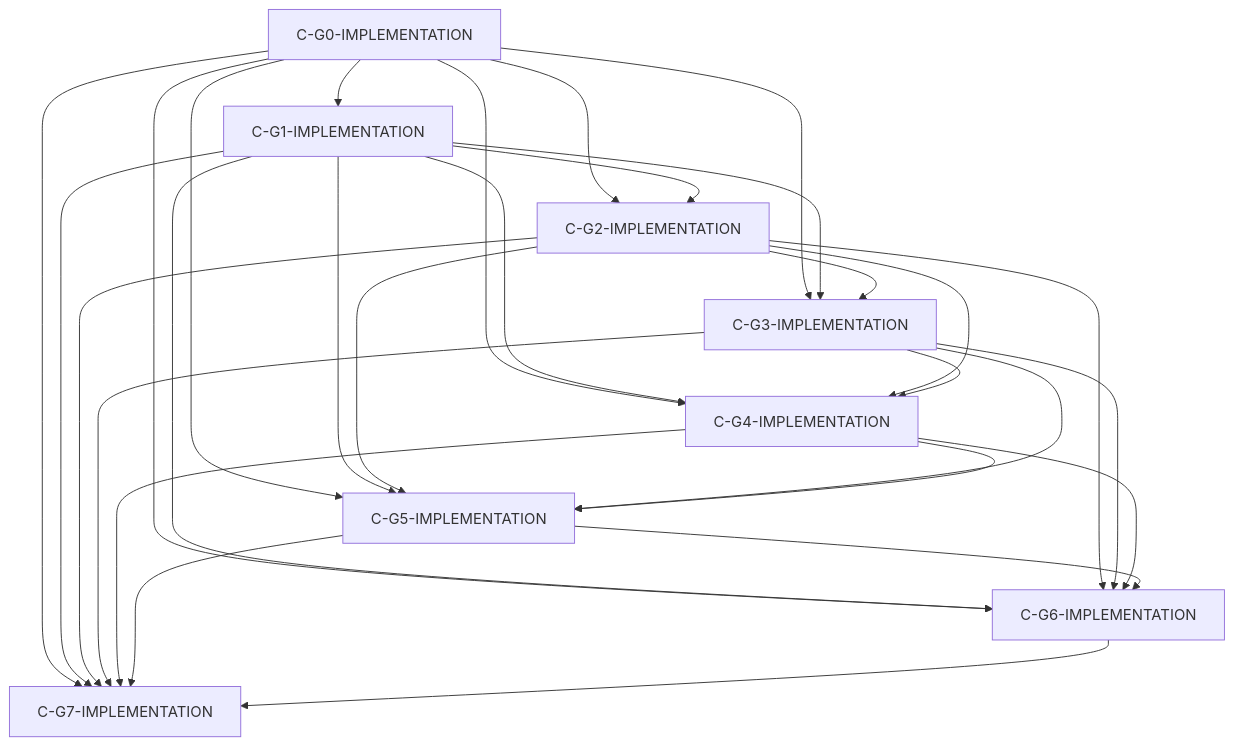
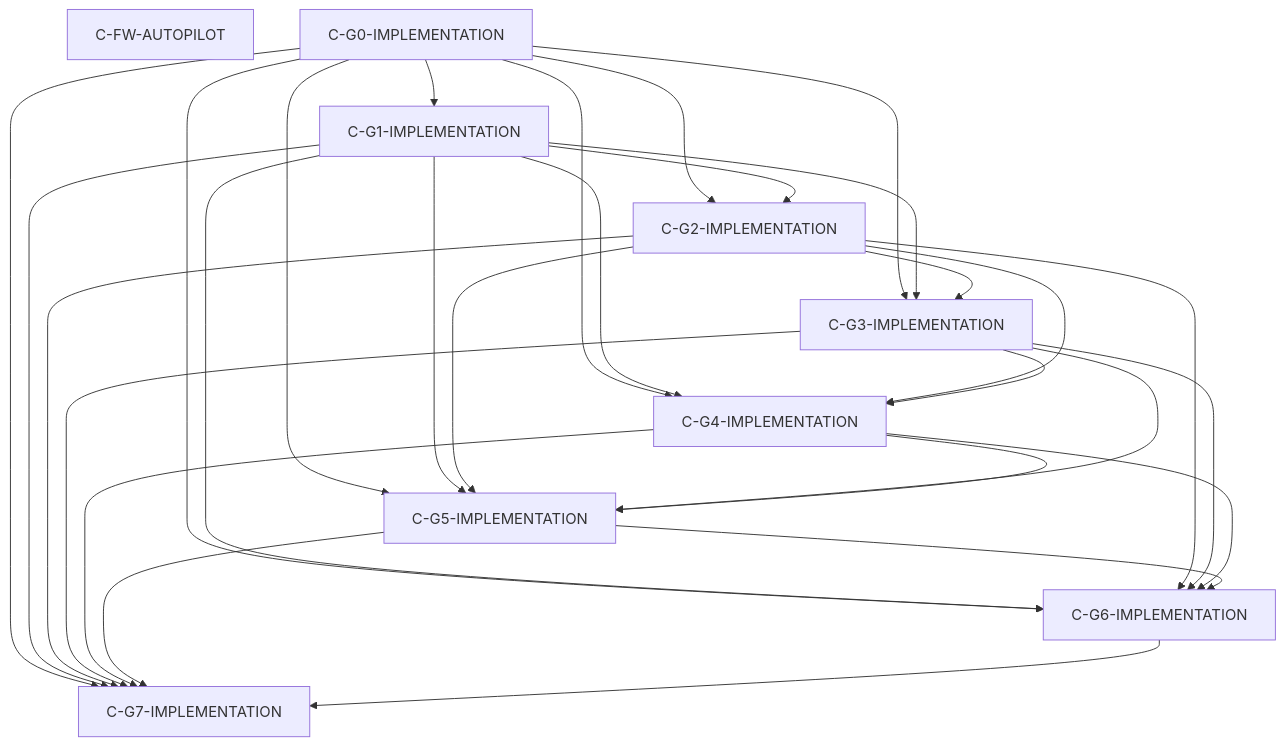
The diagram in tasks/generated/cluster-graph.mmd (quantm-zeus/chain-sieve), drawn with Mermaid before and after one commit. The commit also changed 34 other files, not shown here.

```diff
--- a/tasks/generated/cluster-graph.mmd
+++ b/tasks/generated/cluster-graph.mmd
@@ -1,37 +1,38 @@
 graph TD
+  C_FW_AUTOPILOT[C-FW-AUTOPILOT]
   C_G0_IMPLEMENTATION[C-G0-IMPLEMENTATION]
   C_G1_IMPLEMENTATION[C-G1-IMPLEMENTATION]
   C_G2_IMPLEMENTATION[C-G2-IMPLEMENTATION]
   C_G3_IMPLEMENTATION[C-G3-IMPLEMENTATION]
   C_G4_IMPLEMENTATION[C-G4-IMPLEMENTATION]
   C_G5_IMPLEMENTATION[C-G5-IMPLEMENTATION]
   C_G6_IMPLEMENTATION[C-G6-IMPLEMENTATION]
   C_G7_IMPLEMENTATION[C-G7-IMPLEMENTATION]
   C_G0_IMPLEMENTATION --> C_G1_IMPLEMENTATION
   C_G0_IMPLEMENTATION --> C_G2_IMPLEMENTATION
   C_G1_IMPLEMENTATION --> C_G2_IMPLEMENTATION
   C_G0_IMPLEMENTATION --> C_G3_IMPLEMENTATION
   C_G1_IMPLEMENTATION --> C_G3_IMPLEMENTATION
   C_G2_IMPLEMENTATION --> C_G3_IMPLEMENTATION
   C_G0_IMPLEMENTATION --> C_G4_IMPLEMENTATION
   C_G1_IMPLEMENTATION --> C_G4_IMPLEMENTATION
   C_G2_IMPLEMENTATION --> C_G4_IMPLEMENTATION
   C_G3_IMPLEMENTATION --> C_G4_IMPLEMENTATION
   C_G0_IMPLEMENTATION --> C_G5_IMPLEMENTATION
   C_G1_IMPLEMENTATION --> C_G5_IMPLEMENTATION
   C_G2_IMPLEMENTATION --> C_G5_IMPLEMENTATION
   C_G3_IMPLEMENTATION --> C_G5_IMPLEMENTATION
   C_G4_IMPLEMENTATION --> C_G5_IMPLEMENTATION
   C_G0_IMPLEMENTATION --> C_G6_IMPLEMENTATION
   C_G1_IMPLEMENTATION --> C_G6_IMPLEMENTATION
   C_G2_IMPLEMENTATION --> C_G6_IMPLEMENTATION
   C_G3_IMPLEMENTATION --> C_G6_IMPLEMENTATION
   C_G4_IMPLEMENTATION --> C_G6_IMPLEMENTATION
   C_G5_IMPLEMENTATION --> C_G6_IMPLEMENTATION
   C_G0_IMPLEMENTATION --> C_G7_IMPLEMENTATION
   C_G1_IMPLEMENTATION --> C_G7_IMPLEMENTATION
   C_G2_IMPLEMENTATION --> C_G7_IMPLEMENTATION
   C_G3_IMPLEMENTATION --> C_G7_IMPLEMENTATION
   C_G4_IMPLEMENTATION --> C_G7_IMPLEMENTATION
   C_G5_IMPLEMENTATION --> C_G7_IMPLEMENTATION
   C_G6_IMPLEMENTATION --> C_G7_IMPLEMENTATION
```
